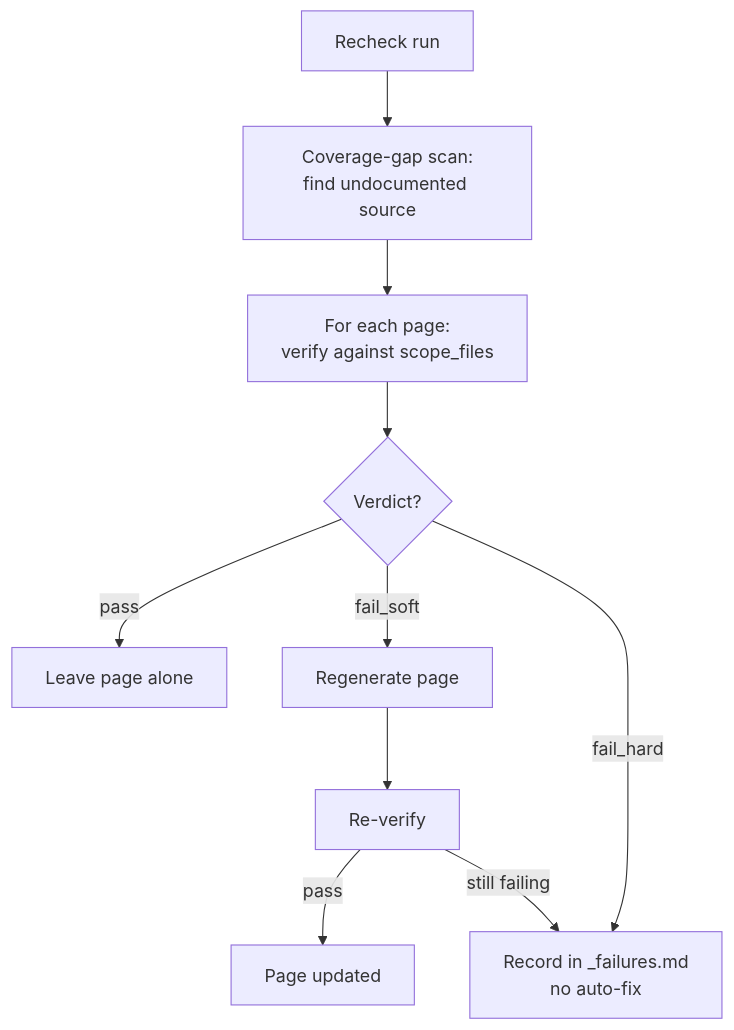
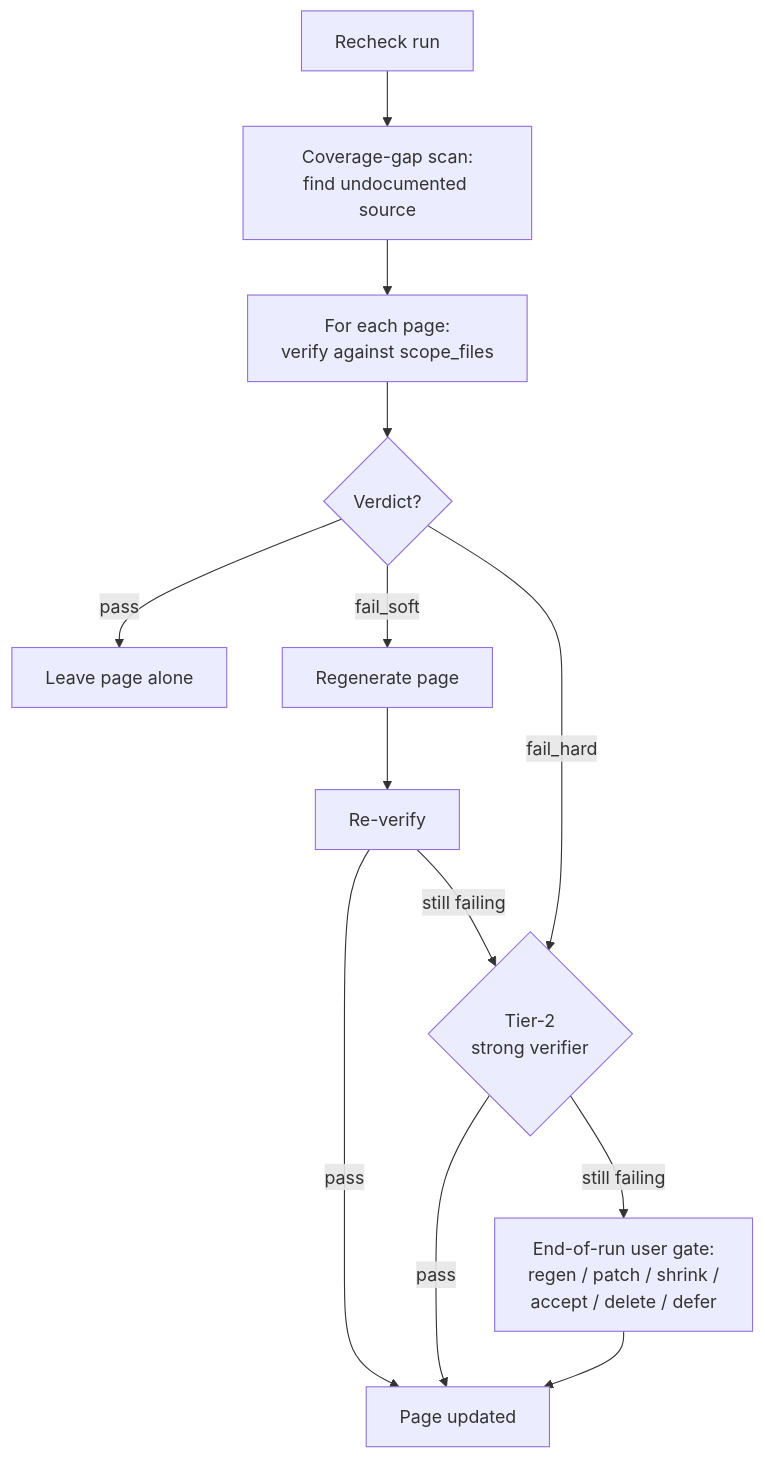
Before and after one commit to Simas-Zurauskas/wiki-system: the diagram in README.md, drawn with Mermaid. The commit also changed other lines of this file and 5 other files, not shown here.

````diff
--- a/README.md
+++ b/README.md
@@ -66,12 +66,15 @@
 ```mermaid
 flowchart TD
     Start[Recheck run] --> Cov[Coverage-gap scan:<br/>find undocumented source]
     Cov --> Verify[For each page:<br/>verify against scope_files]
     Verify --> Pass{Verdict?}
     Pass -->|pass| Skip[Leave page alone]
     Pass -->|fail_soft| Regen[Regenerate page]
-    Pass -->|fail_hard| Flag[Record in _failures.md<br/>no auto-fix]
+    Pass -->|fail_hard| Tier2{Tier-2<br/>strong verifier}
     Regen --> Reverify[Re-verify]
     Reverify -->|pass| Done[Page updated]
-    Reverify -->|still failing| Flag
+    Reverify -->|still failing| Tier2
+    Tier2 -->|pass| Done
+    Tier2 -->|still failing| Gate[End-of-run user gate:<br/>regen / patch / shrink /<br/>accept / delete / defer]
+    Gate --> Done
 ```
````
